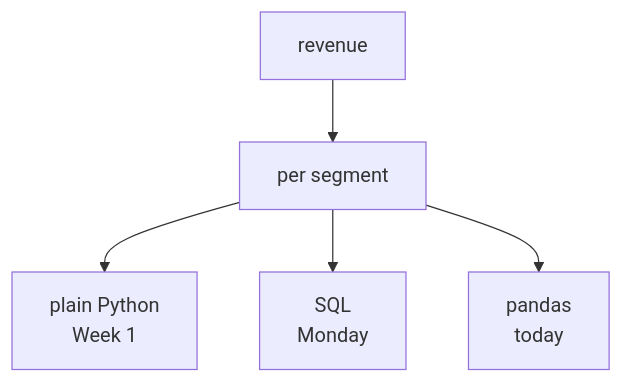
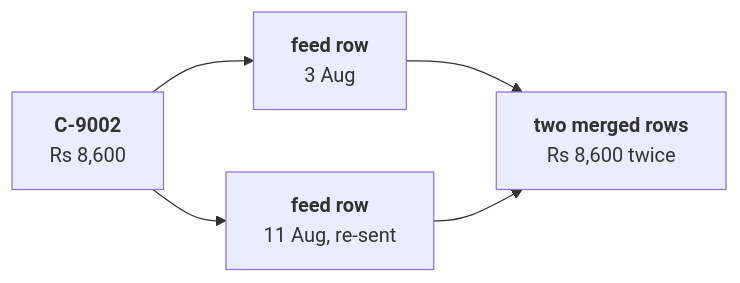
The fourth of 7 diagrams in content/W02/D4/whiteboards/C2_W02_D04_three_tools_STUDENT.md (fde-academy-lab/c2-content-factory), drawn with Mermaid before and after one commit. The commit also changed other lines of this file and 6 other files, not shown here.

````diff
--- a/content/W02/D4/whiteboards/C2_W02_D04_three_tools_STUDENT.md
+++ b/content/W02/D4/whiteboards/C2_W02_D04_three_tools_STUDENT.md
@@ -8,7 +60,7 @@
 ```mermaid
-flowchart TD
-    A["revenue"] --> B["per segment"]
-    B --> C["plain Python<br/>Week 1"]
-    B --> D["SQL<br/>Monday"]
-    B --> E["pandas<br/>today"]
+flowchart LR
+    A["<b>C-9002</b><br/>Rs 8,600"] --> B["<b>feed row</b><br/>3 Aug"]
+    A --> C["<b>feed row</b><br/>11 Aug, re-sent"]
+    B --> D["<b>two merged rows</b><br/>Rs 8,600 twice"]
+    C --> D
 ```
````
